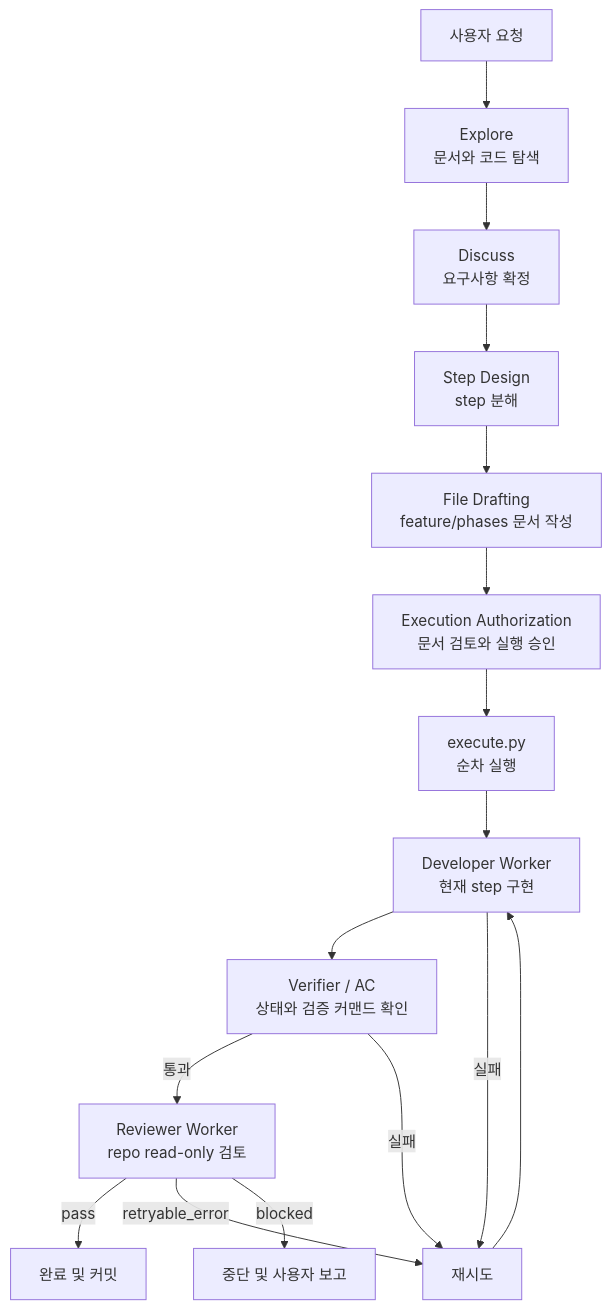
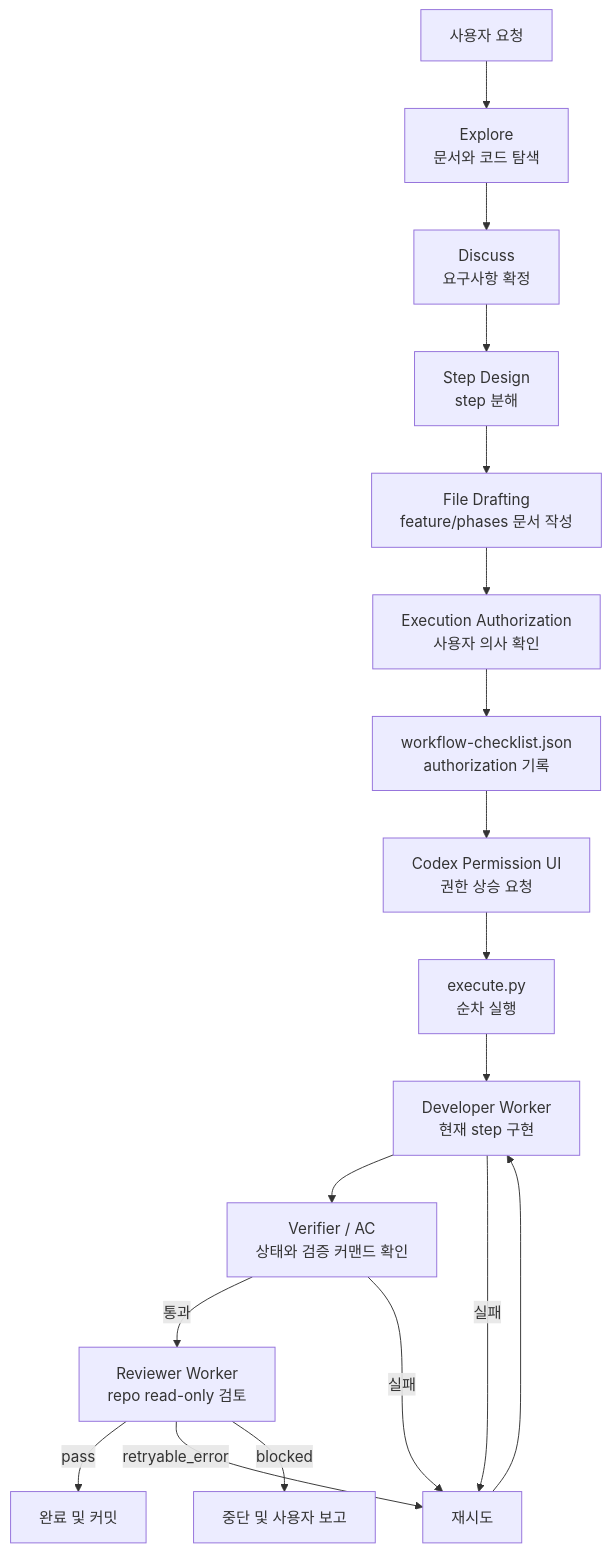
One commit to KimYeonWook511/commerce-backend changed the diagram in docs/skills/dev-start.md. Above: the diagram before and after it, drawn with Mermaid. The commit also changed other lines of this file and 2 other files, not shown here.

Commit message:
docs: dev-start 실행 승인 흐름을 구체화한다

````diff
--- a/docs/skills/dev-start.md
+++ b/docs/skills/dev-start.md
@@ -9,18 +9,20 @@
 ```mermaid
 flowchart TD
     A["사용자 요청"] --> B["Explore<br>문서와 코드 탐색"]
     B --> C["Discuss<br>요구사항 확정"]
     C --> D["Step Design<br>step 분해"]
     D --> E["File Drafting<br>feature/phases 문서 작성"]
-    E --> M["Execution Authorization<br>문서 검토와 실행 승인"]
-    M --> F["execute.py<br>순차 실행"]
+    E --> M["Execution Authorization<br>사용자 의사 확인"]
+    M --> N["workflow-checklist.json<br>authorization 기록"]
+    N --> O["Codex Permission UI<br>권한 상승 요청"]
+    O --> F["execute.py<br>순차 실행"]
     F --> G["Developer Worker<br>현재 step 구현"]
     G --> H["Verifier / AC<br>상태와 검증 커맨드 확인"]
     H -->|통과| I["Reviewer Worker<br>repo read-only 검토"]
     H -->|실패| J["재시도"]
     G -->|실패| J
     I -->|pass| K["완료 및 커밋"]
     I -->|retryable_error| J
     I -->|blocked| L["중단 및 사용자 보고"]
     J --> G
 ```
````
